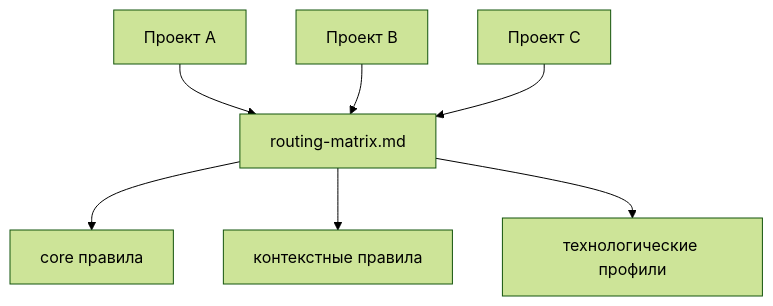
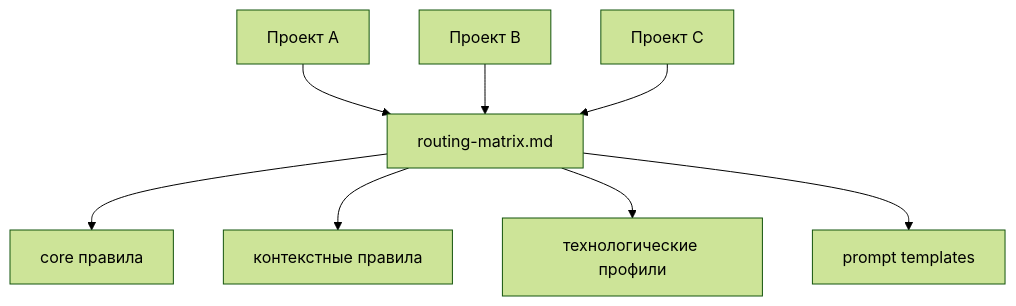
The diagram in README.md (Kibnet/Agents.md), drawn with Mermaid (forest theme) before and after one commit. The commit also changed other lines of this file and 4 other files, not shown here.

````diff
--- a/README.md
+++ b/README.md
@@ -48,21 +48,23 @@
 ```mermaid
 flowchart TD
 
 RepoA[Проект A]
 RepoB[Проект B]
 RepoC[Проект C]
 
 Router[routing-matrix.md]
 
 Core[core правила]
 Contexts[контекстные правила]
 Profiles[технологические профили]
+Prompts[prompt templates]
 
 RepoA --> Router
 RepoB --> Router
 RepoC --> Router
 
 Router --> Core
 Router --> Contexts
 Router --> Profiles
+Router --> Prompts
 ```
````
